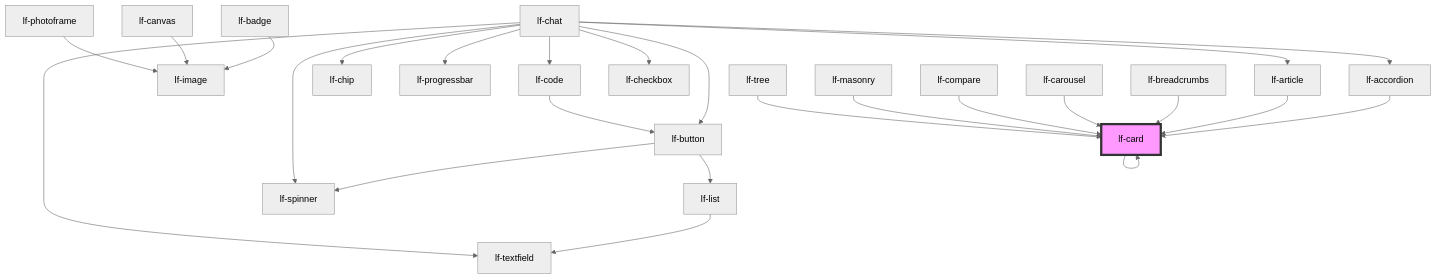
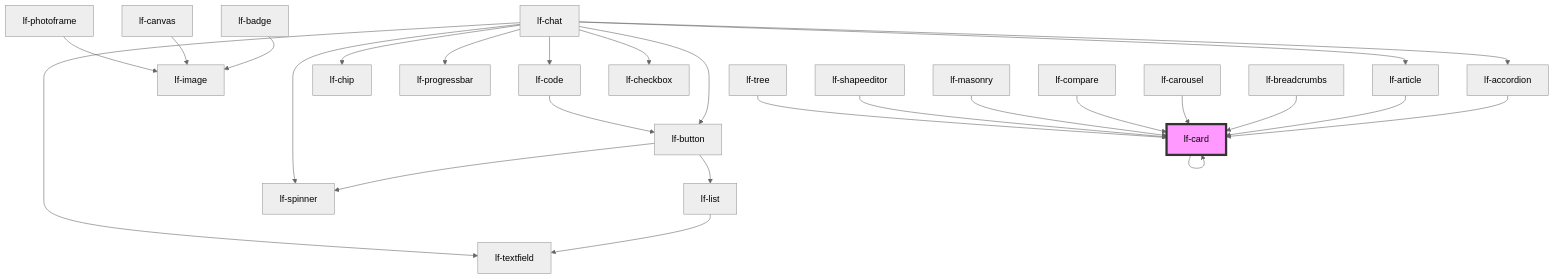
The diagram in packages/core/src/components/lf-card/readme.md (lucafoscili/lf-widgets), drawn with Mermaid (neutral theme) before and after one commit. The commit also changed other lines of this file and 27 other files, not shown here.

````diff
--- a/packages/core/src/components/lf-card/readme.md
+++ b/packages/core/src/components/lf-card/readme.md
@@ -139,28 +140,29 @@
 ```mermaid
 graph TD;
   lf-card --> lf-card
   lf-accordion --> lf-card
   lf-badge --> lf-image
   lf-button --> lf-list
   lf-button --> lf-spinner
   lf-list --> lf-textfield
   lf-canvas --> lf-image
   lf-chat --> lf-spinner
   lf-chat --> lf-article
   lf-chat --> lf-accordion
   lf-chat --> lf-button
   lf-chat --> lf-chip
   lf-chat --> lf-textfield
   lf-chat --> lf-progressbar
   lf-chat --> lf-code
   lf-chat --> lf-checkbox
   lf-article --> lf-card
   lf-code --> lf-button
   lf-photoframe --> lf-image
   lf-breadcrumbs --> lf-card
   lf-carousel --> lf-card
   lf-compare --> lf-card
   lf-masonry --> lf-card
+  lf-shapeeditor --> lf-card
   lf-tree --> lf-card
   style lf-card fill:#f9f,stroke:#333,stroke-width:4px
 ```
````
